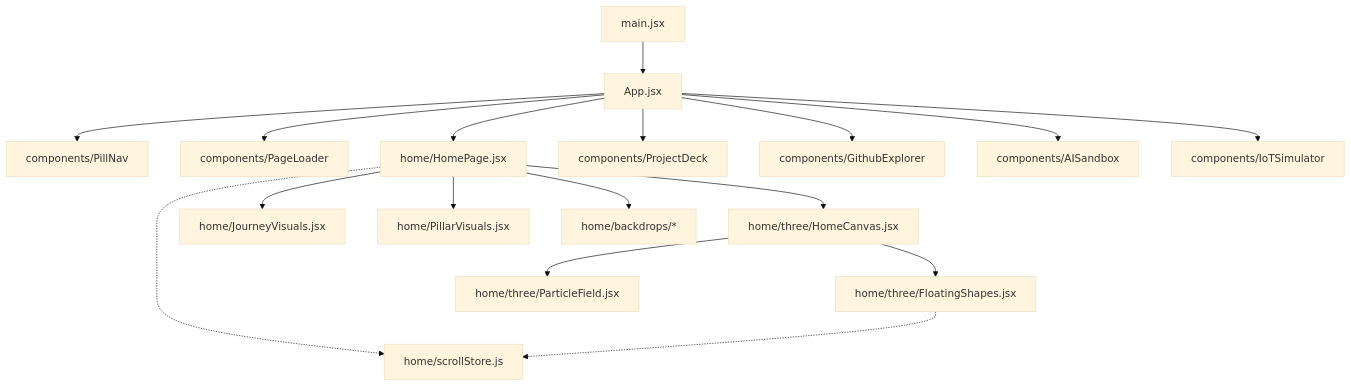
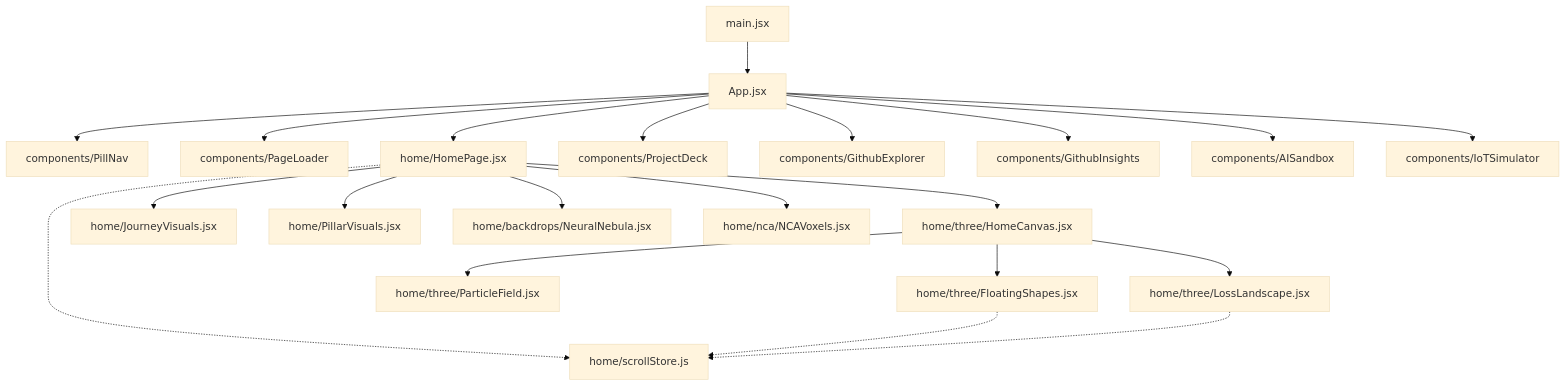
The diagram in PROJECT_STRUCTURE.md (destopianpirate/destopianpirate.github.io), drawn with Mermaid (base theme) before and after one commit. The commit also changed other lines of this file and 18 other files, not shown here.

Commit message:
feat: add GitHub Insights dashboard, Neural Cellular Automata simulation, and 3D Loss Landscape

````diff
--- a/PROJECT_STRUCTURE.md
+++ b/PROJECT_STRUCTURE.md
@@ -5,22 +5,26 @@
 ```mermaid
 graph TD
     Root[main.jsx] --> App[App.jsx]
     App --> PillNav[components/PillNav]
     App --> PageLoader[components/PageLoader]
     App --> HomePage[home/HomePage.jsx]
     App --> ProjectDeck[components/ProjectDeck]
     App --> GithubExplorer[components/GithubExplorer]
+    App --> GithubInsights[components/GithubInsights]
     App --> AISandbox[components/AISandbox]
     App --> IoTSimulator[components/IoTSimulator]
 
     HomePage --> HomeCanvas[home/three/HomeCanvas.jsx]
     HomePage --> JourneyVisuals[home/JourneyVisuals.jsx]
     HomePage --> PillarVisuals[home/PillarVisuals.jsx]
-    HomePage --> Backdrops[home/backdrops/*]
+    HomePage --> NeuralNebula[home/backdrops/NeuralNebula.jsx]
+    HomePage --> NCAVoxels[home/nca/NCAVoxels.jsx]
     
     HomeCanvas --> FloatingShapes[home/three/FloatingShapes.jsx]
     HomeCanvas --> ParticleField[home/three/ParticleField.jsx]
+    HomeCanvas --> LossLandscape[home/three/LossLandscape.jsx]
     
     HomePage -.-> ScrollStore[home/scrollStore.js]
     FloatingShapes -.-> ScrollStore
+    LossLandscape -.-> ScrollStore
 ```
````
